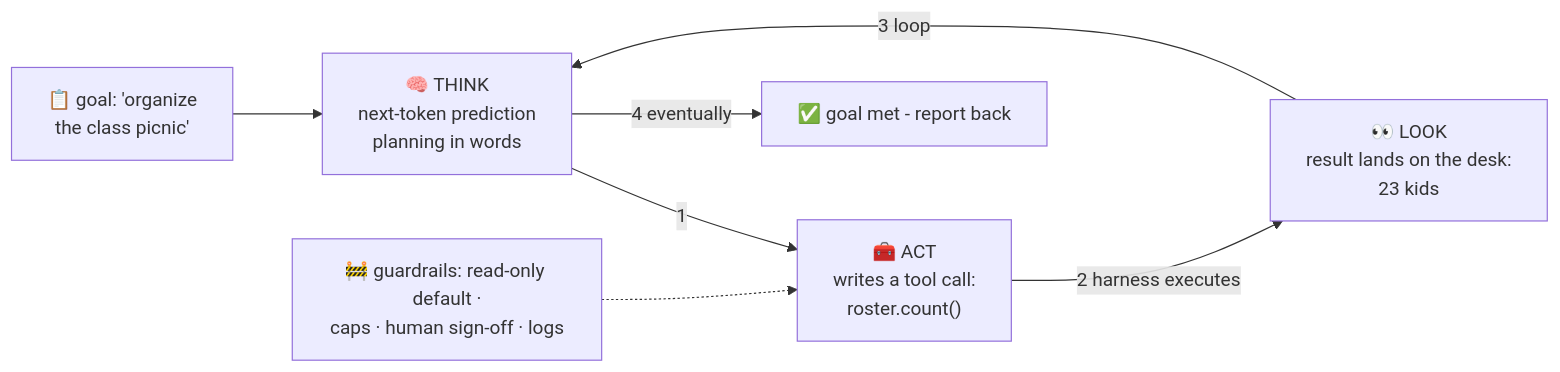
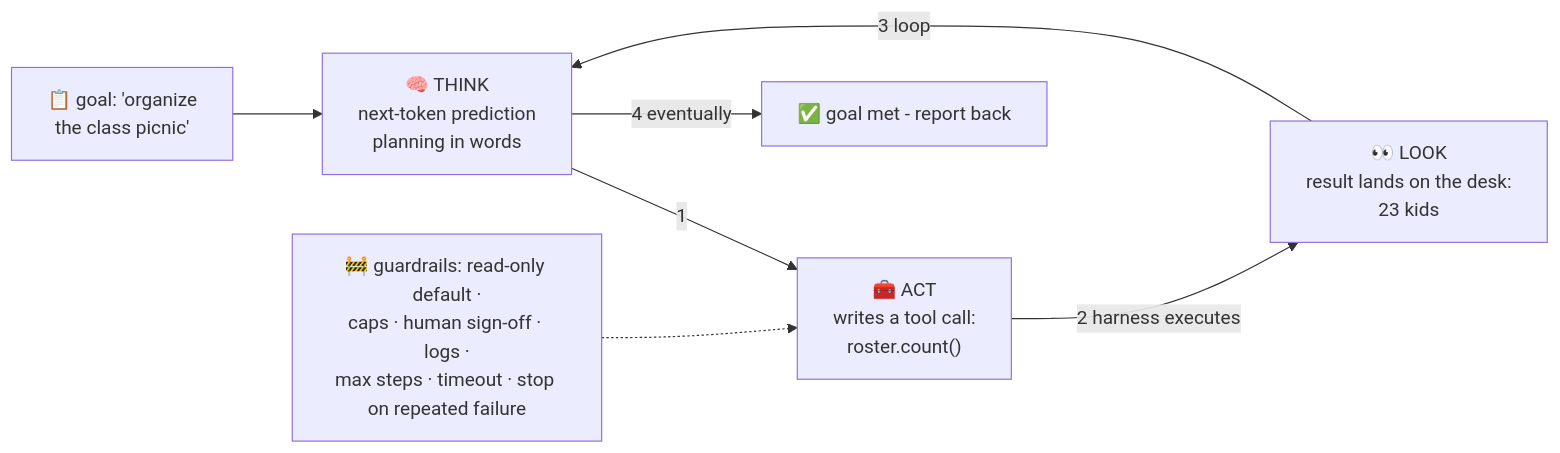
Before and after one commit to BaluRaut/learn-ai-school: the diagram in lessons/11-agents/README.md, drawn with Mermaid. The commit also changed other lines of this file and 7 other files, not shown here.

Commit message:
Review: attention example now resolves it → ball (demo + diagram + text); temperature, LoRA, prompting, RAG and agent-loop wording

````diff
--- a/lessons/11-agents/README.md
+++ b/lessons/11-agents/README.md
@@ -47,12 +48,12 @@
 ```mermaid
 flowchart LR
     goal["📋 goal: 'organize<br/>the class picnic'"]
     think["🧠 THINK<br/>next-token prediction<br/>planning in words"]
     act["🧰 ACT<br/>writes a tool call:<br/>roster.count()"]
     look["👀 LOOK<br/>result lands on the desk:<br/>23 kids"]
     done["✅ goal met - report back"]
-    guard["🚧 guardrails: read-only default ·<br/>caps · human sign-off · logs"]
+    guard["🚧 guardrails: read-only default ·<br/>caps · human sign-off · logs ·<br/>max steps · timeout · stop on repeated failure"]
     goal --> think -->|"1"| act -->|"2 harness executes"| look -->|"3 loop"| think
     think -->|"4 eventually"| done
     guard -.-> act
 ```
````
